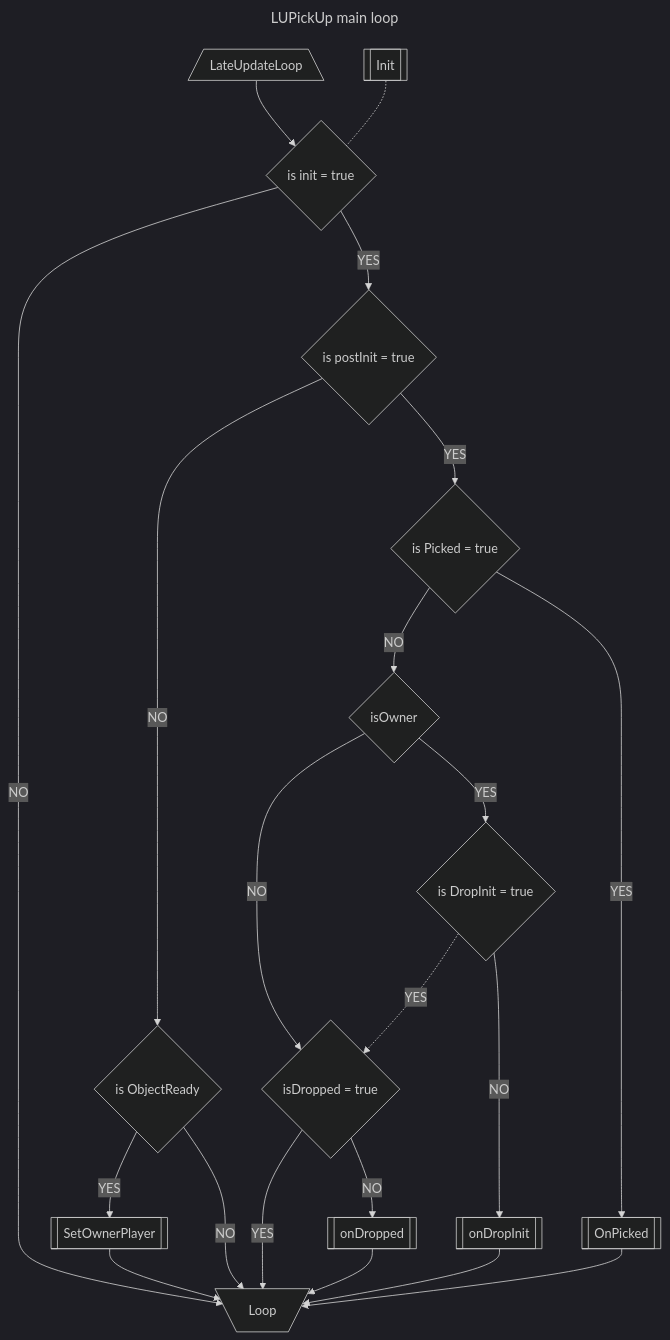
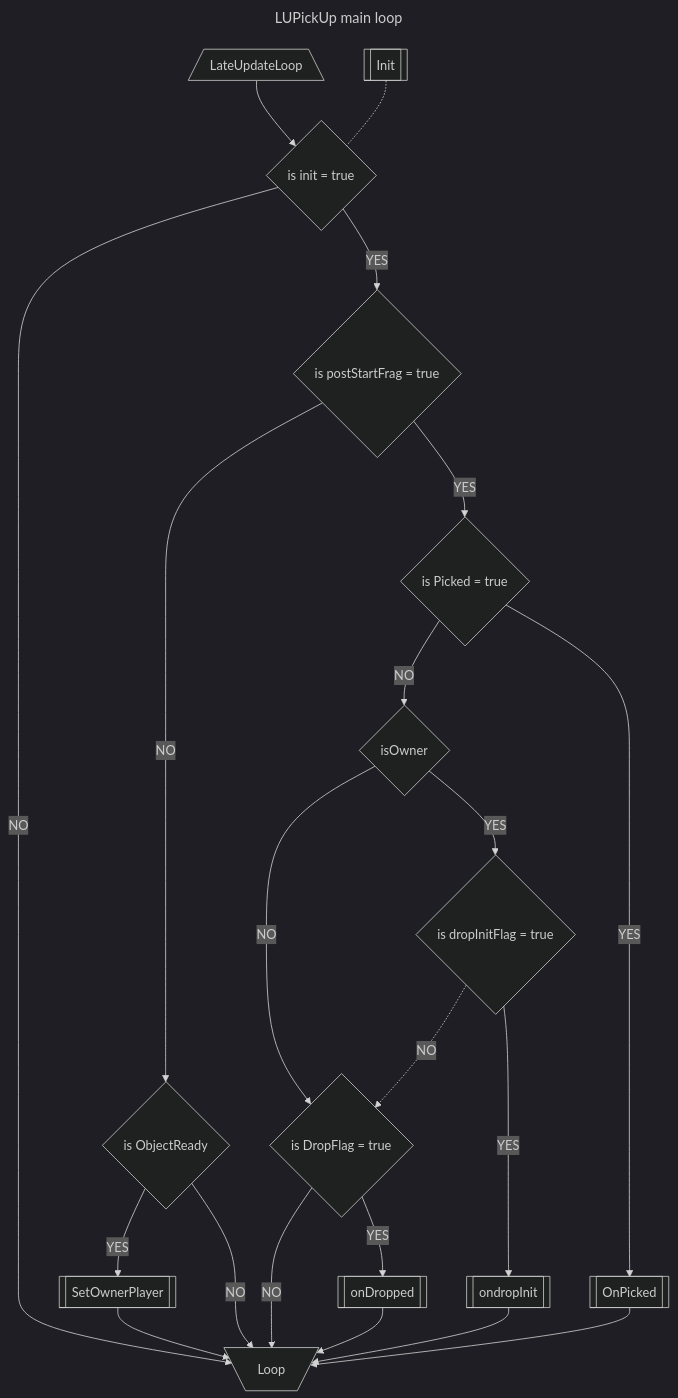
The first of 3 diagrams in Packages/com.frou01.lupick/Runtime/Script/LUPick_UML.md (frou01/VRC_PublicPackages), drawn with Mermaid (dark theme) before and after one commit. The commit also changed other lines of this file and 2 other files, not shown here.

````diff
--- a/Packages/com.frou01.lupick/Runtime/Script/LUPick_UML.md
+++ b/Packages/com.frou01.lupick/Runtime/Script/LUPick_UML.md
@@ -1,49 +1,49 @@
 ```mermaid
 ---
 title: LUPickUp main loop
 ---
 
 flowchart TD
 	StartLoop[/LateUpdateLoop\] -->
 	isInit{is init = true}
 
 	isInit --NO--> EndLoop
 
 	isInit --YES-->
-	isPostInit{is postInit = true} --NO-->
+	ispostStartFrag{is postStartFrag = true} --NO-->
 	IsObjectReady{is ObjectReady} --YES-->
-	PostInit[[SetOwnerPlayer]] -->
+	postStartFrag[[SetOwnerPlayer]] -->
 	EndLoop[\Loop/]
 
 
 	IsObjectReady --NO-->
 	EndLoop
 
 	Init[[Init]] -.-
 	isInit
 
-	isPostInit --YES-->
+	ispostStartFrag --YES-->
 	isPicked{is Picked = true}
 
 	isPicked --NO--> 
 	isOwnerOnDrop
 
-	isDropped --YES-->
+	isDropping --NO-->
 	EndLoop
 
 	isOwnerOnDrop{isOwner} --NO-->
-	isDropped
+	isDropping
 
-	isDropInit{is DropInit = true} -.YES.->
-	isDropped{isDropped = true}
+	isdropInitFlag{is dropInitFlag = true} -.NO.->
+	isDropping{is DropFlag = true}
 	
-	isDropped --NO--> onDropped[[onDropped]] --> EndLoop
+	isDropping --YES--> onDropped[[onDropped]] --> EndLoop
 
 	isPicked --YES--> 
 	onPicked[[OnPicked]] -->
 	EndLoop
 
 	isOwnerOnDrop --YES--> 
-	isDropInit --NO--> 
-	onDropInit[[onDropInit]] --> EndLoop
+	isdropInitFlag --YES--> 
+	ondropInit[[ondropInit]] --> EndLoop
 ```
````
